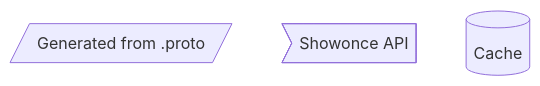
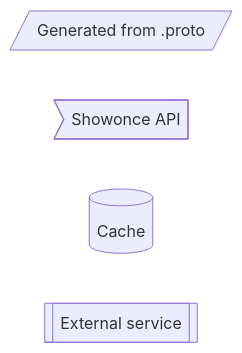
The second of 2 diagrams in README.md (LeKovr/showonce), drawn with Mermaid before and after one commit. The commit also changed other lines of this file and 18 other files, not shown here.

````diff
--- a/README.md
+++ b/README.md
@@ -79,6 +81,7 @@
 ```mermaid
-flowchart TD
+flowchart LR
   a[/Generated from .proto/]
   b>Showonce API]
   c[(Cache)]
+  d[[External service]]
 ```
````
